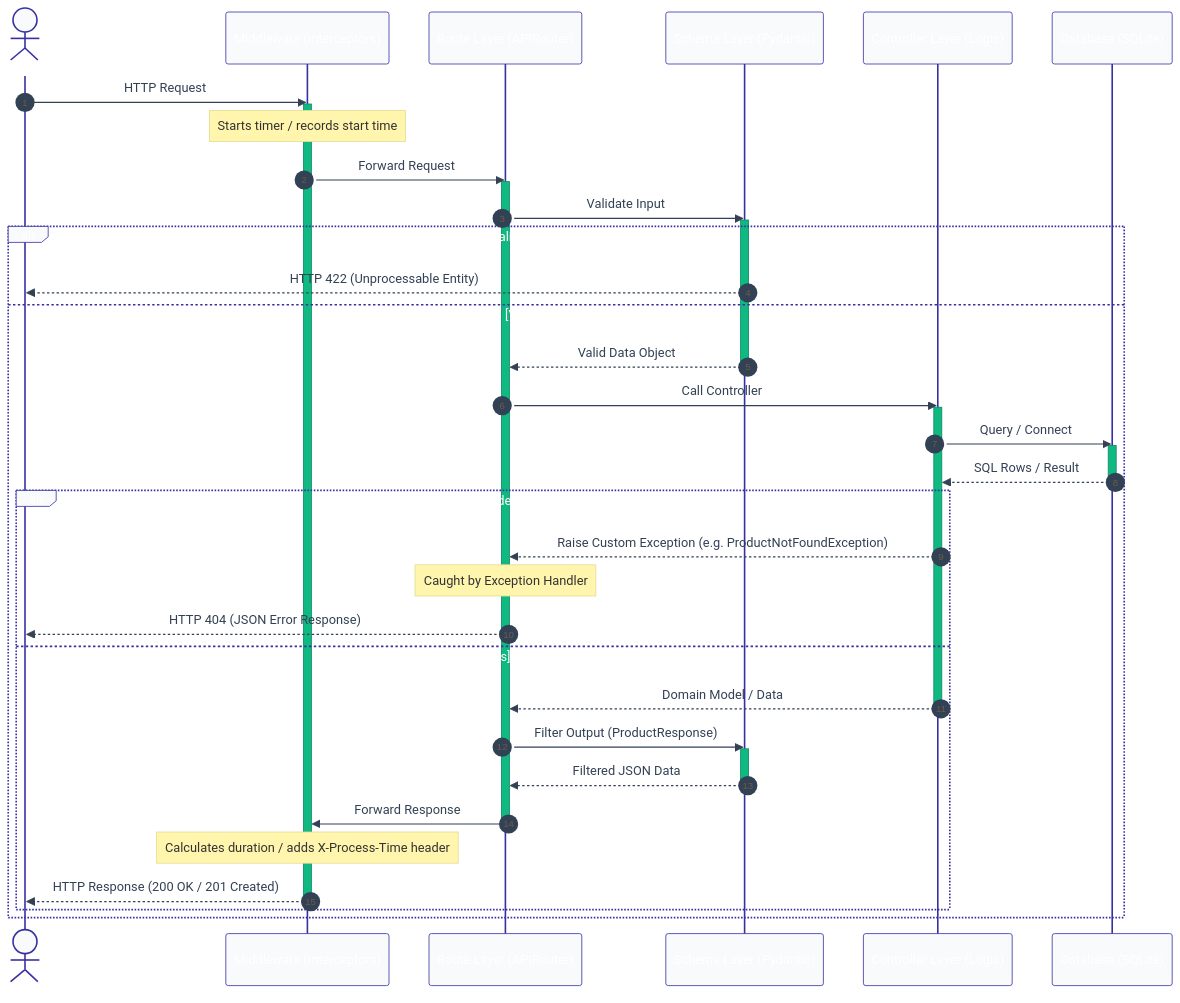
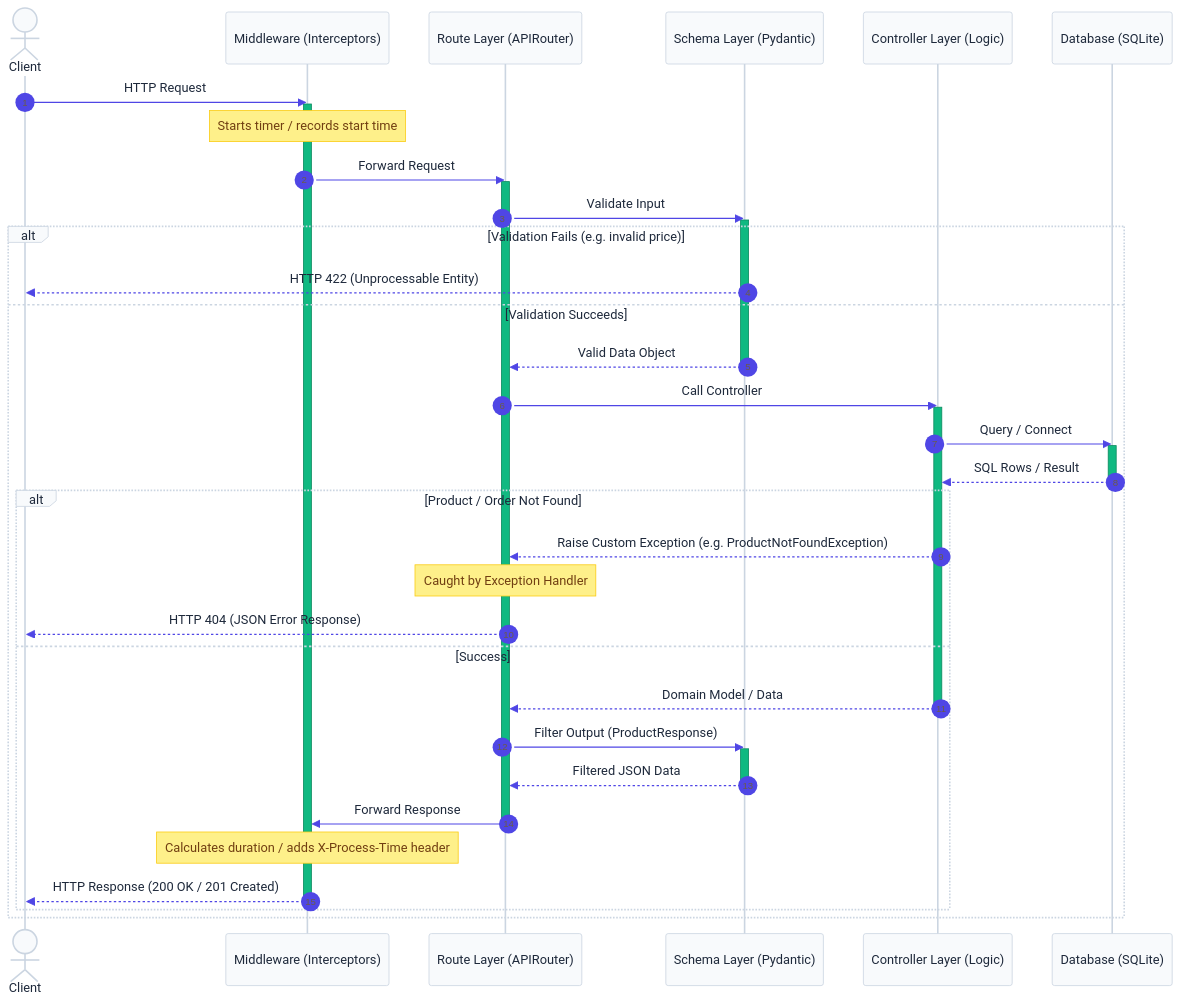
Before and after one commit to nakul-cloud/ecommerce-api: the diagram in README.md, drawn with Mermaid. The commit also changed 6 other files, not shown here.

````diff
--- a/README.md
+++ b/README.md
@@ -123,56 +123,56 @@
 ```mermaid
-%%{init: {'theme': 'base', 'themeVariables': {'primaryColor': '#4f46e5', 'primaryTextColor': '#ffffff', 'primaryBorderColor': '#3730a3', 'lineColor': '#94a3b8', 'secondaryColor': '#10b981', 'tertiaryColor': '#f59e0b', 'background': '#ffffff', 'mainBkg': '#f8fafc', 'nodeBorder': '#cbd5e1', 'clusterBkg': '#f1f5f9', 'clusterBorder': '#e2e8f0', 'titleColor': '#1e293b', 'edgeLabelBackground': '#ffffff', 'textColor': '#334155'}}}%%
+%%{init: {'theme': 'base', 'themeVariables': {'primaryColor': '#4f46e5', 'primaryTextColor': '#ffffff', 'primaryBorderColor': '#3730a3', 'lineColor': '#94a3b8', 'secondaryColor': '#10b981', 'tertiaryColor': '#f59e0b', 'background': '#ffffff', 'mainBkg': '#f8fafc', 'nodeBorder': '#cbd5e1', 'nodeTextColor': '#1e293b', 'textColor': '#1e293b', 'titleColor': '#1e293b', 'edgeLabelBackground': '#ffffff', 'clusterBkg': '#f1f5f9', 'clusterBorder': '#e2e8f0', 'actorBkg': '#f8fafc', 'actorBorder': '#cbd5e1', 'actorTextColor': '#1e293b', 'signalColor': '#4f46e5', 'signalTextColor': '#1e293b', 'noteBkgColor': '#fef08a', 'noteBorderColor': '#facc15', 'noteTextColor': '#713f12'}}}%%
 sequenceDiagram
     autonumber
     actor Client
     participant Middleware as Middleware (Interceptors)
     participant Route as Route Layer (APIRouter)
     participant Schema as Schema Layer (Pydantic)
     participant Controller as Controller Layer (Logic)
     participant DB as Database (SQLite)
 
     Client->>Middleware: HTTP Request
     activate Middleware
     Note over Middleware: Starts timer / records start time
     
     Middleware->>Route: Forward Request
     activate Route
     
     Route->>Schema: Validate Input
     activate Schema
     alt Validation Fails (e.g. invalid price)
         Schema-->>Client: HTTP 422 (Unprocessable Entity)
     else Validation Succeeds
         Schema-->>Route: Valid Data Object
         deactivate Schema
         
         Route->>Controller: Call Controller
         activate Controller
         
         Controller->>DB: Query / Connect
         activate DB
         DB-->>Controller: SQL Rows / Result
         deactivate DB
         
         alt Product / Order Not Found
             Controller-->>Route: Raise Custom Exception (e.g. ProductNotFoundException)
             Note over Route: Caught by Exception Handler
             Route-->>Client: HTTP 404 (JSON Error Response)
         else Success
             Controller-->>Route: Domain Model / Data
             deactivate Controller
             
             Route->>Schema: Filter Output (ProductResponse)
             activate Schema
             Schema-->>Route: Filtered JSON Data
             deactivate Schema
             
             Route->>Middleware: Forward Response
             deactivate Route
             
             Note over Middleware: Calculates duration / adds X-Process-Time header
             Middleware-->>Client: HTTP Response (200 OK / 201 Created)
             deactivate Middleware
         end
     end
 ```
````
